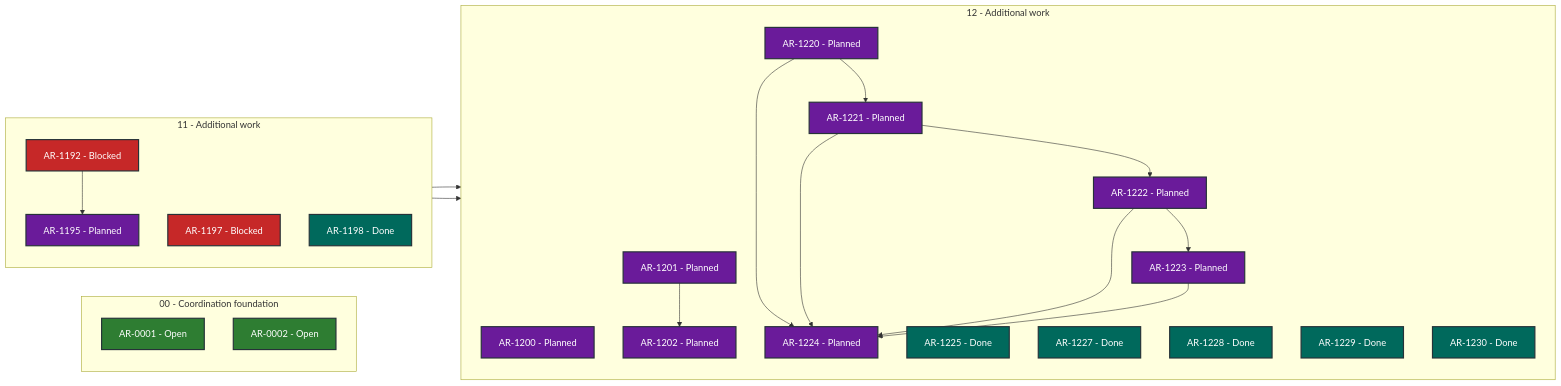
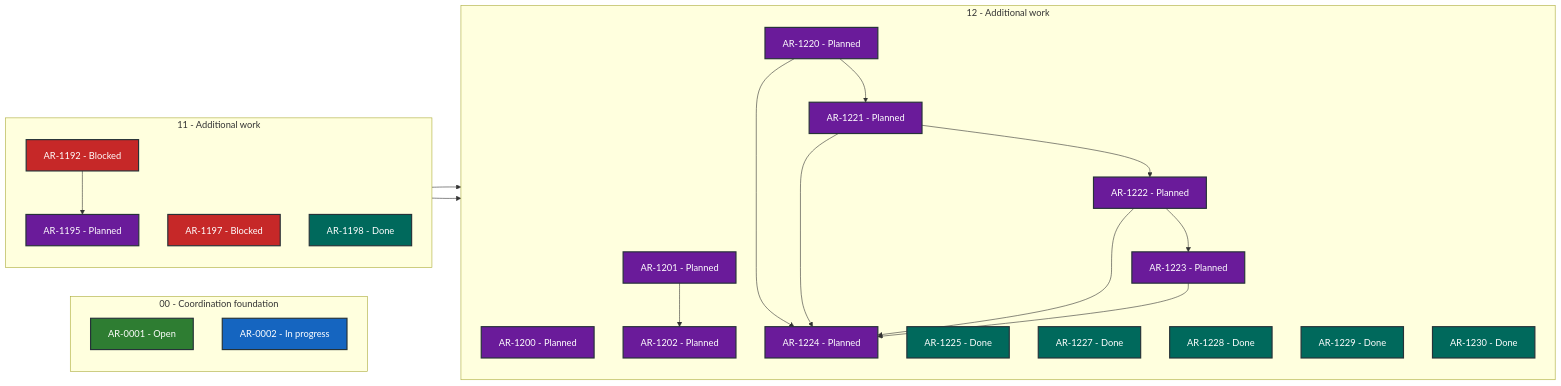
The diagram in STATUS.md (martin-beck/asb-tui-state), drawn with Mermaid before and after one commit. The commit also changed other lines of this file and 2 other files, not shown here.

````diff
--- a/STATUS.md
+++ b/STATUS.md
@@ -27,50 +27,50 @@
 ```mermaid
 flowchart LR
     subgraph series_00["00 - Coordination foundation"]
         direction TB
         AR_0001["AR-0001 - Open"]:::status_open
-        AR_0002["AR-0002 - Open"]:::status_open
+        AR_0002["AR-0002 - In progress"]:::status_in_progress
     end
     subgraph series_11["11 - Additional work"]
         direction TB
         AR_1192["AR-1192 - Blocked"]:::status_blocked
         AR_1195["AR-1195 - Planned"]:::status_planned
         AR_1197["AR-1197 - Blocked"]:::status_blocked
         AR_1198["AR-1198 - Done"]:::status_done
     end
     subgraph series_12["12 - Additional work"]
         direction TB
         AR_1200["AR-1200 - Planned"]:::status_planned
         AR_1201["AR-1201 - Planned"]:::status_planned
         AR_1202["AR-1202 - Planned"]:::status_planned
         AR_1220["AR-1220 - Planned"]:::status_planned
         AR_1221["AR-1221 - Planned"]:::status_planned
         AR_1222["AR-1222 - Planned"]:::status_planned
         AR_1223["AR-1223 - Planned"]:::status_planned
         AR_1224["AR-1224 - Planned"]:::status_planned
         AR_1225["AR-1225 - Done"]:::status_done
         AR_1227["AR-1227 - Done"]:::status_done
         AR_1228["AR-1228 - Done"]:::status_done
         AR_1229["AR-1229 - Done"]:::status_done
         AR_1230["AR-1230 - Done"]:::status_done
     end
     AR_1192 --> AR_1195
     AR_1195 --> AR_1200
     AR_1197 --> AR_1201
     AR_1201 --> AR_1202
     AR_1220 --> AR_1221
     AR_1220 --> AR_1224
     AR_1221 --> AR_1222
     AR_1221 --> AR_1224
     AR_1222 --> AR_1223
     AR_1222 --> AR_1224
     AR_1223 --> AR_1224
     classDef status_in_progress fill:#1565c0,color:#ffffff,stroke:#263238,stroke-width:2px
     classDef status_open fill:#2e7d32,color:#ffffff,stroke:#263238,stroke-width:2px
     classDef status_blocked fill:#c62828,color:#ffffff,stroke:#263238,stroke-width:2px
     classDef status_planned fill:#6a1b9a,color:#ffffff,stroke:#263238,stroke-width:2px
     classDef status_future fill:#455a64,color:#ffffff,stroke:#263238,stroke-width:2px
     classDef status_done fill:#00695c,color:#ffffff,stroke:#263238,stroke-width:2px
     classDef status_cancelled fill:#616161,color:#ffffff,stroke:#263238,stroke-width:2px
     classDef status_superseded fill:#5d4037,color:#ffffff,stroke:#263238,stroke-width:2px
 ```
````
